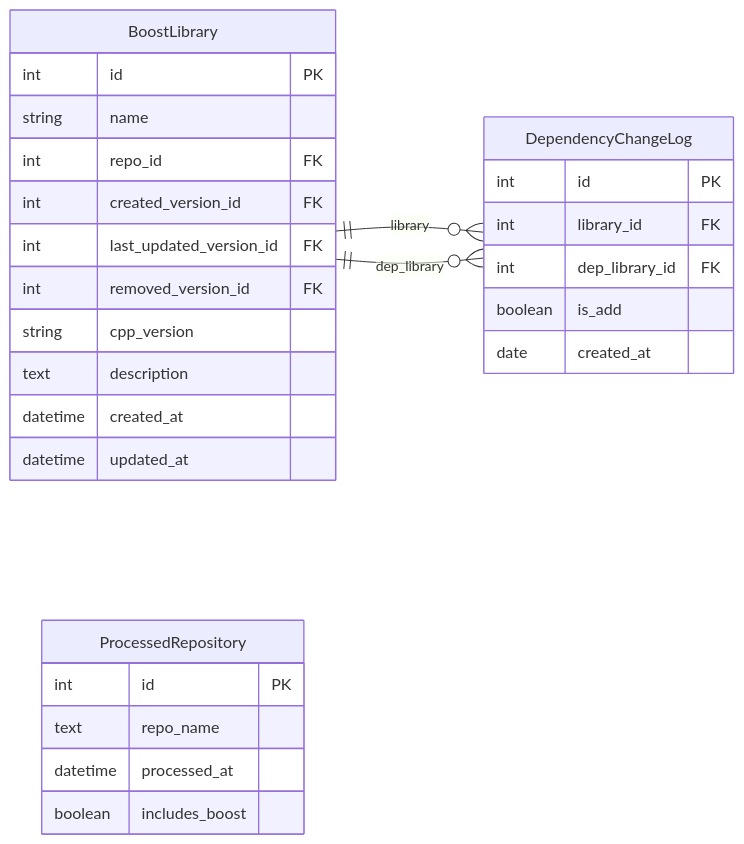
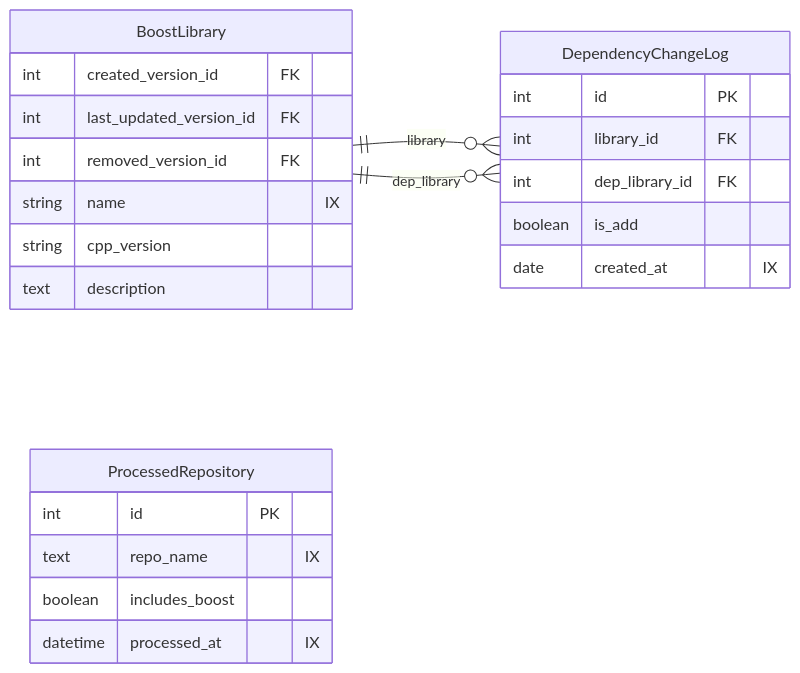
The sixth of 11 diagrams in UnifiedDashboard/GoogleCloudSQLSchema/google_cloud_sql_schema.md (CppDigest/cppa-unified-dashboard), drawn with Mermaid before and after one commit. The commit also changed other lines of this file, not shown here.

Commit message:
#148 - Update the schema according to review feedback

````diff
--- a/UnifiedDashboard/GoogleCloudSQLSchema/google_cloud_sql_schema.md
+++ b/UnifiedDashboard/GoogleCloudSQLSchema/google_cloud_sql_schema.md
@@ -364,34 +447,30 @@
 ```mermaid
 erDiagram
     direction LR
     BoostLibrary ||--o{ DependencyChangeLog : "library"
     BoostLibrary ||--o{ DependencyChangeLog : "dep_library"
 
     BoostLibrary {
-        int id PK
-        string name
-        int repo_id FK
         int created_version_id FK
         int last_updated_version_id FK
         int removed_version_id FK
+        string name "IX"
         string cpp_version
         text description
-        datetime created_at
-        datetime updated_at
     }
 
     DependencyChangeLog {
         int id PK
         int library_id FK
         int dep_library_id FK
         boolean is_add
-        date created_at
+        date created_at "IX"
     }
 
     ProcessedRepository {
         int id PK
-        text repo_name
-        datetime processed_at
+        text repo_name "IX"
         boolean includes_boost
+        datetime processed_at "IX"
     }
 ```
````
